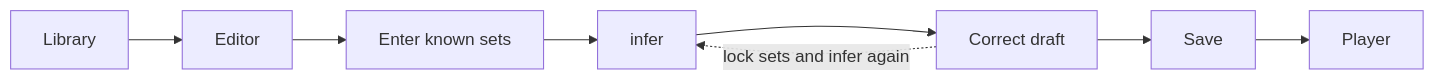
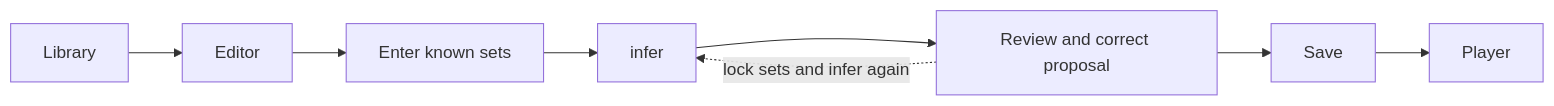
Before and after one commit to robertdyr/skales-v1: the first of 2 diagrams in docs/roadmap.md, drawn with Mermaid. The commit also changed other lines of this file and 15 other files, not shown here.

````diff
--- a/docs/roadmap.md
+++ b/docs/roadmap.md
@@ -99,10 +106,10 @@
 ```mermaid
 flowchart LR
     Library["Library"] --> Editor["Editor"]
     Editor --> Seed["Enter known sets"]
     Seed --> Infer["infer"]
-    Infer --> Correct["Correct draft"]
+    Infer --> Correct["Review and correct proposal"]
     Correct -. lock sets and infer again .-> Infer
     Correct --> Save["Save"]
     Save --> Player["Player"]
 ```
````
